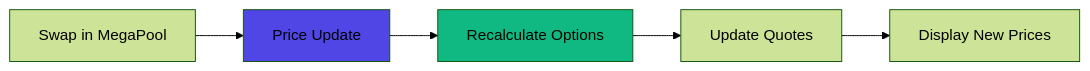
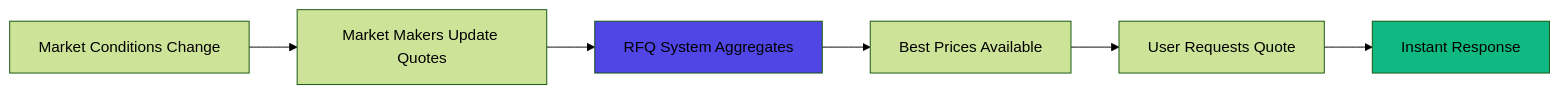
Before and after one commit to Mega-Fi/megafi-docs: the diagram in landing/docs/hedge/pricing-models.md, drawn with Mermaid (forest theme). The commit also changed other lines of this file and 4 other files, not shown here.

````diff
--- a/landing/docs/hedge/pricing-models.md
+++ b/landing/docs/hedge/pricing-models.md
@@ -287,10 +294,11 @@
 ```mermaid
 graph LR
-    A[Swap in MegaPool] --> B[Price Update]
-    B --> C[Recalculate Options]
-    C --> D[Update Quotes]
-    D --> E[Display New Prices]
+    A[Market Conditions Change] --> B[Market Makers Update Quotes]
+    B --> C[RFQ System Aggregates]
+    C --> D[Best Prices Available]
+    D --> E[User Requests Quote]
+    E --> F[Instant Response]
     
-    style B fill:#4F46E5
-    style C fill:#10B981
+    style C fill:#4F46E5
+    style F fill:#10B981
 ```
````
